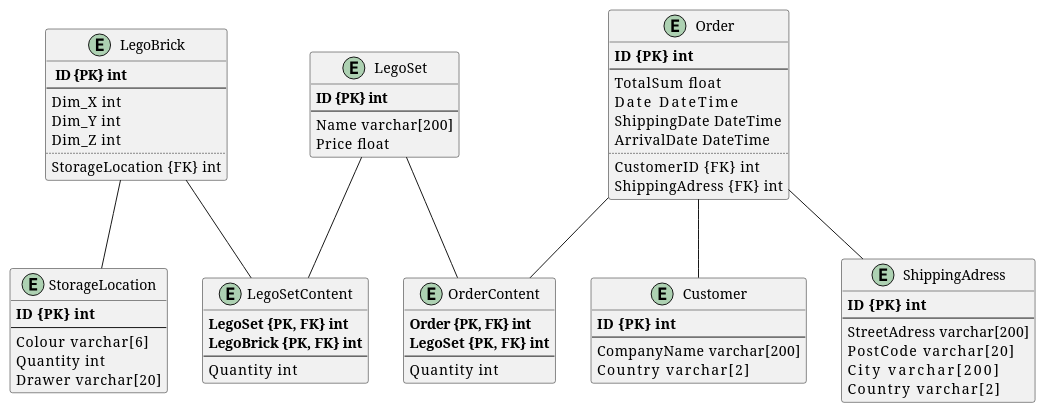
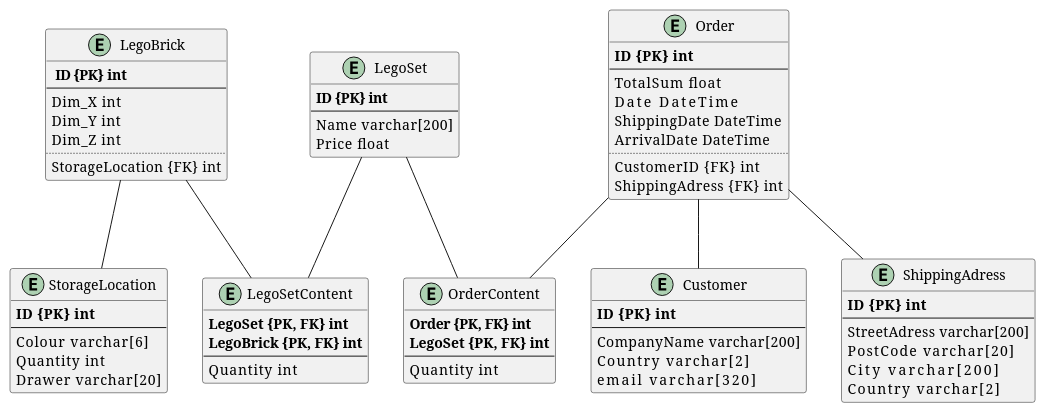
One commit to s02blom/LegoWebStore changed the diagram in figures/Schema.plantuml. Above: the diagram before and after it, drawn with PlantUML.

Commit message:
Add email to Customers

```diff
--- a/figures/Schema.plantuml
+++ b/figures/Schema.plantuml
@@ -1,81 +1,82 @@
 @startuml Schema
 
 entity LegoBrick{
     ** ID {PK}** **int**
     --
     Dim_X   int
     Dim_Y   int
     Dim_Z   int
     ..
     StorageLocation {FK}    int
 }
 
 entity StorageLocation{
     **ID {PK}   int**
     --
     Colour      varchar[6]
     Quantity    int
     Drawer      varchar[20]
 }
 
 entity LegoSet{
     **ID {PK} int**
     --
     Name    varchar[200]
     Price   float
 }
 
 entity Order{
     **ID {PK}   int**
     --
     TotalSum    float
     Date        DateTime
     ShippingDate    DateTime
     ArrivalDate     DateTime
     ..
     CustomerID  {FK}    int
     ShippingAdress {FK}     int
 }
 
 entity Customer{
     **ID {PK}   int**
     --
     CompanyName     varchar[200]
     Country         varchar[2]
+    email           varchar[320]
 }
 
 
 entity LegoSetContent{
     **LegoSet  {PK, FK} int**
     **LegoBrick {PK, FK}  int**
     --
     Quantity    int 
 }
 
 entity ShippingAdress{
     **ID {PK}   int**
     --
     StreetAdress    varchar[200]
     PostCode        varchar[20]
     City            varchar[200]
     Country         varchar[2]
 }
 
 entity OrderContent{
     **Order {PK, FK} int**
     **LegoSet {PK, FK}  int**
     --
     Quantity    int
 }
 
 LegoBrick -- StorageLocation
 LegoBrick -- LegoSetContent
 
 LegoSet -- LegoSetContent
 LegoSet -- OrderContent
 
 Order -- OrderContent
 Order -- Customer
 Order -- ShippingAdress
 
 @enduml
```
